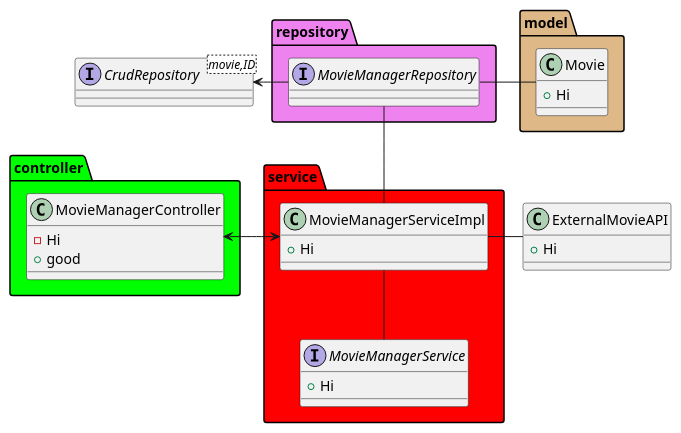
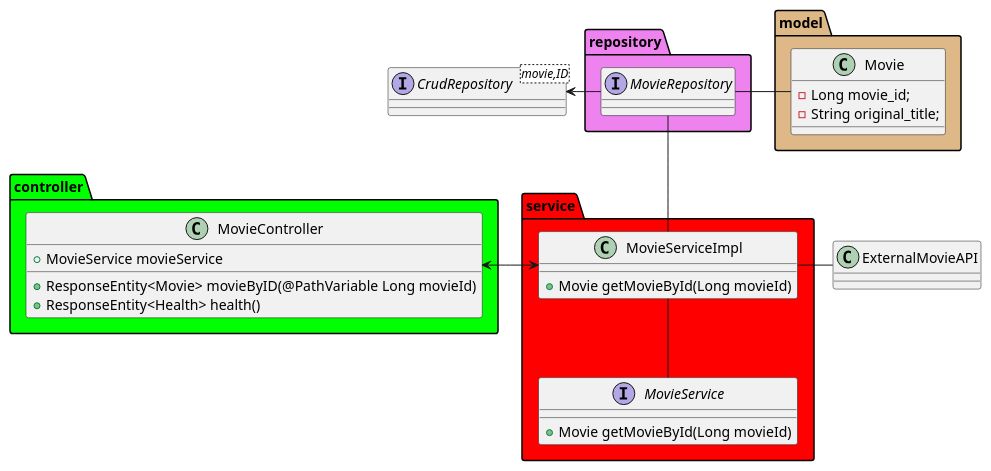
One commit to hvferreira/movie-api changed the diagram in Docs/UML.puml. Above: the diagram before and after it, drawn with PlantUML. The commit also changed 3 other files, not shown here.

Commit message:
Update UML, add Health and test from postman

```diff
--- a/Docs/UML.puml
+++ b/Docs/UML.puml
@@ -1,55 +1,57 @@
 @startuml
 
 
 package controller <<Folder>> #lime{
 
-    class MovieManagerController{
-    -Hi
-    +good
+    class MovieController{
+    + MovieService movieService
+    + ResponseEntity<Movie> movieByID(@PathVariable Long movieId)
+    + ResponseEntity<Health> health()
     }
 
 }
 
 
 package model <<Folder>> #burlywood{
 
   class Movie{
-    +Hi
+  - Long movie_id;
+  - String original_title;
     }
 
 }
 
 package repository <<Folder>> #violet {
 
-  interface MovieManagerRepository {
+  interface MovieRepository {
 
   }
 
 }
 
 package service <<Folder>> #red{
 
-  interface MovieManagerService{
-  +Hi
+  interface MovieService{
+  +Movie getMovieById(Long movieId)
   }
-  class MovieManagerServiceImpl{
-  +Hi
+  class MovieServiceImpl{
+    + Movie getMovieById(Long movieId)
   }
 
 }
 Interface CrudRepository<movie,ID>{
 
 }
 
 class ExternalMovieAPI{
-    +Hi
+
     }
 
-MovieManagerController <-right-> MovieManagerServiceImpl
-MovieManagerRepository -left-> CrudRepository
+MovieController <-right-> MovieServiceImpl
+MovieRepository -left-> CrudRepository
 
-MovieManagerServiceImpl -- MovieManagerService
-MovieManagerServiceImpl -up- MovieManagerRepository
-MovieManagerRepository -right- Movie
-MovieManagerServiceImpl -right- ExternalMovieAPI
+MovieServiceImpl -- MovieService
+MovieServiceImpl -up- MovieRepository
+MovieRepository -right- Movie
+MovieServiceImpl -right- ExternalMovieAPI
 @enduml
```
